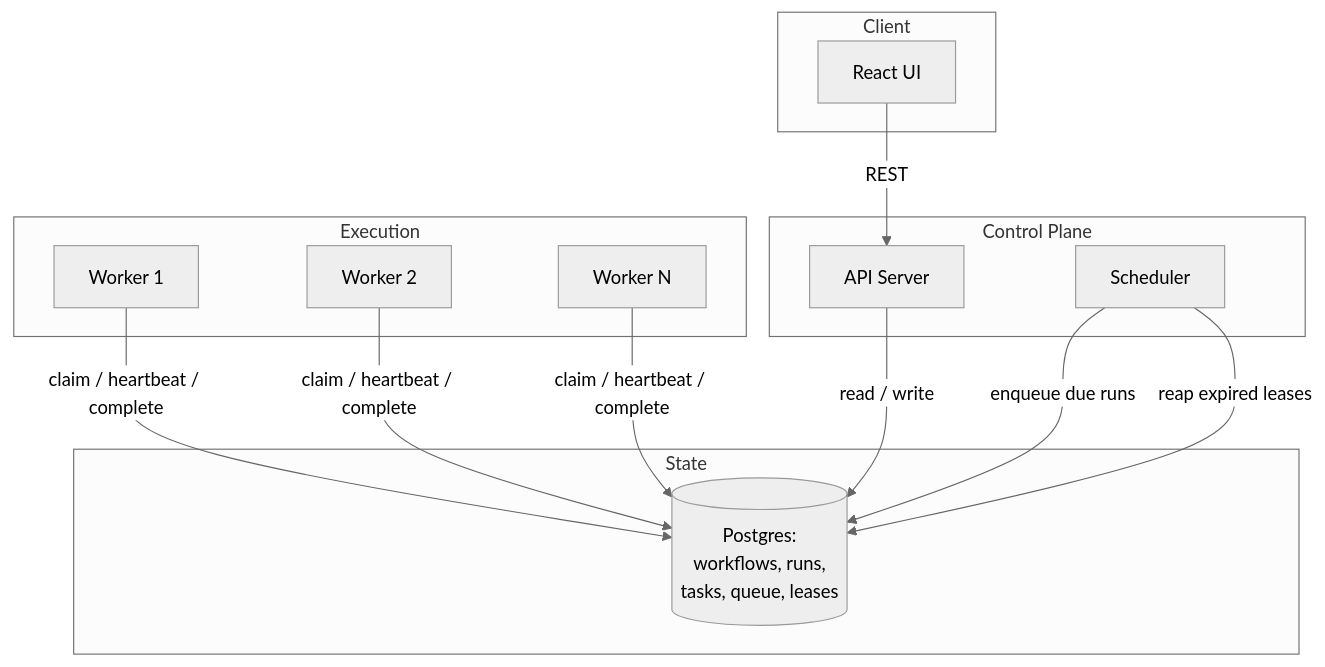
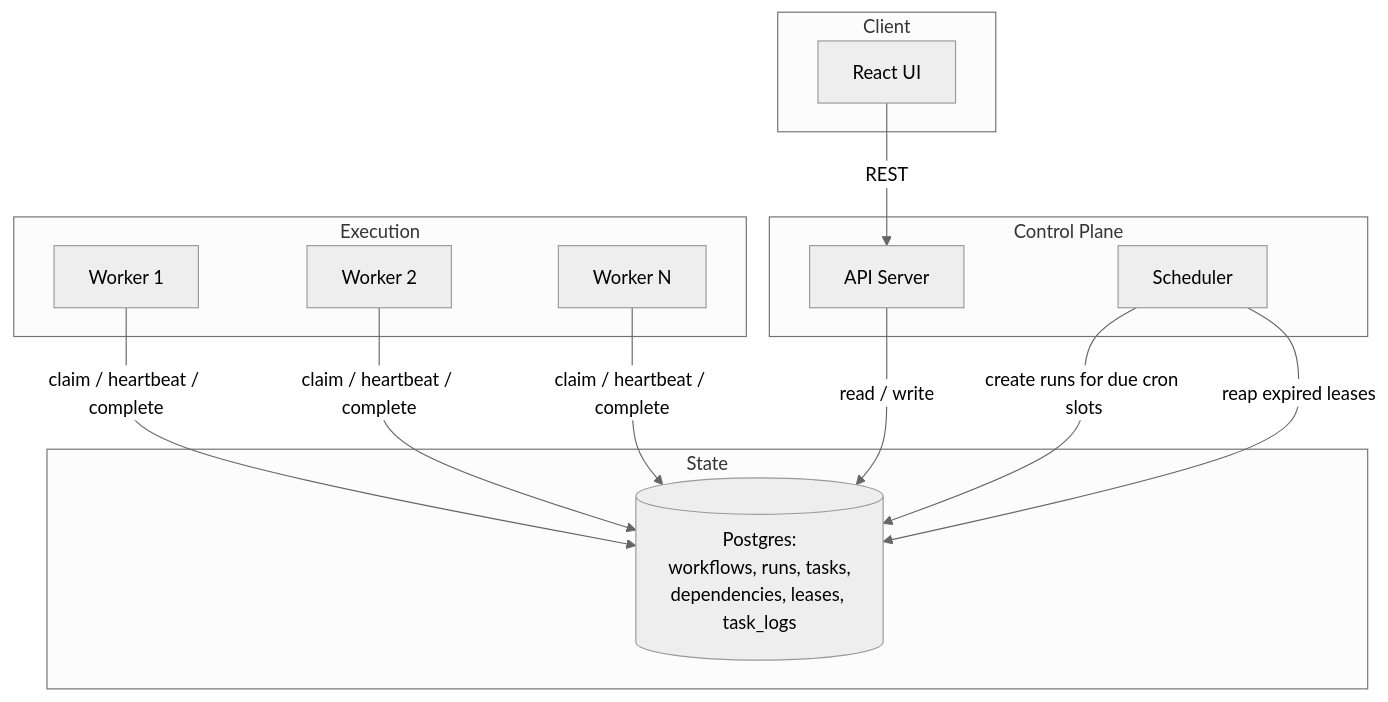
One commit to OGSarah/Weaver changed the third of 5 diagrams in README.md. Above: the diagram before and after it, drawn with Mermaid (neutral theme). The commit also changed other lines of this file, not shown here.

````diff
--- a/README.md
+++ b/README.md
@@ -230,29 +239,29 @@
 ```mermaid
 graph TB
     subgraph Client
         UI[React UI]
     end
  
     subgraph Control Plane
         API[API Server]
         SCH[Scheduler]
     end
  
     subgraph State
-        DB[(Postgres:<br/>workflows, runs,<br/>tasks, queue, leases)]
+        DB[(Postgres:<br/>workflows, runs, tasks,<br/>dependencies, leases, task_logs)]
     end
  
     subgraph Execution
         W1[Worker 1]
         W2[Worker 2]
         W3[Worker N]
     end
  
     UI -->|REST| API
     API -->|read / write| DB
-    SCH -->|enqueue due runs| DB
+    SCH -->|create runs for due cron slots| DB
     W1 -->|claim / heartbeat / complete| DB
     W2 -->|claim / heartbeat / complete| DB
     W3 -->|claim / heartbeat / complete| DB
     SCH -->|reap expired leases| DB
 ```
````
